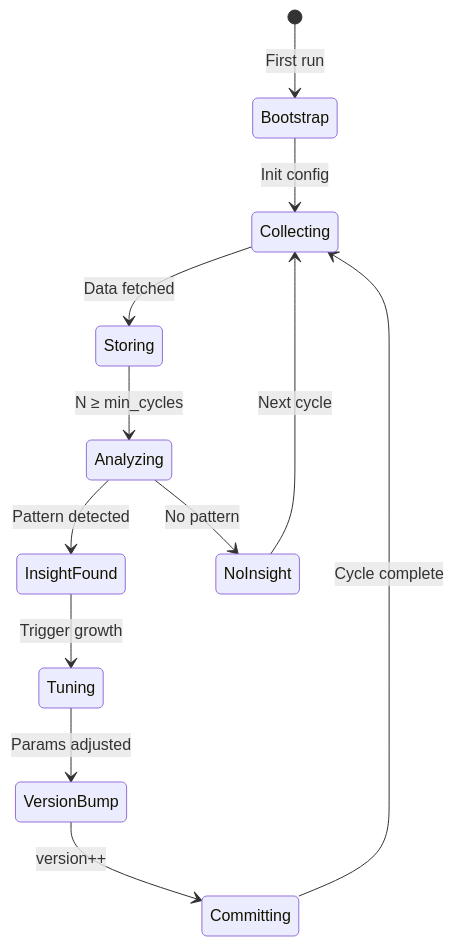
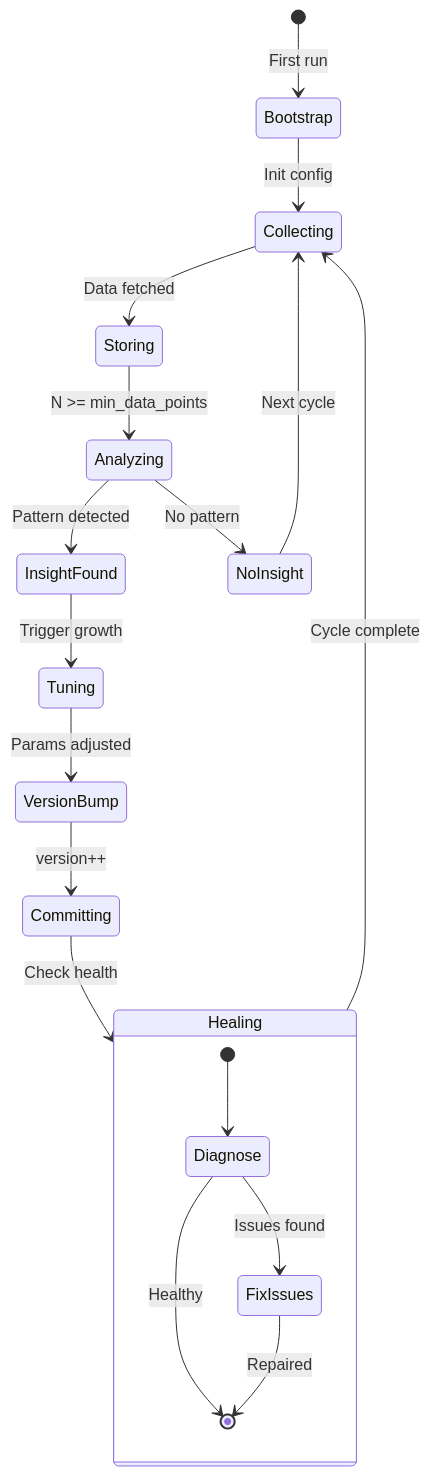
Before and after one commit to jincheng3870682453-hash/autonomous-agent: the fourth of 5 diagrams in README.md, drawn with Mermaid. The commit also changed other lines of this file and 33 other files, not shown here.

Commit message:
v2.0: Platform-level rewrite - modular architecture, skills marketplace, FastAPI, dashboard, FTS5+Graph memory, self-healing

````diff
--- a/README.md
+++ b/README.md
@@ -639,18 +418,27 @@
 ```mermaid
 stateDiagram-v2
     [*] --> Bootstrap: First run
     Bootstrap --> Collecting: Init config
-    
+
     Collecting --> Storing: Data fetched
-    Storing --> Analyzing: N ≥ min_cycles
-    
+    Storing --> Analyzing: N >= min_data_points
+
     Analyzing --> InsightFound: Pattern detected
     Analyzing --> NoInsight: No pattern
-    
+
     InsightFound --> Tuning: Trigger growth
     NoInsight --> Collecting: Next cycle
-    
+
     Tuning --> VersionBump: Params adjusted
     VersionBump --> Committing: version++
-    Committing --> Collecting: Cycle complete
+
+    state Healing {
+        [*] --> Diagnose
+        Diagnose --> FixIssues: Issues found
+        Diagnose --> [*]: Healthy
+        FixIssues --> [*]: Repaired
+    }
+
+    Committing --> Healing: Check health
+    Healing --> Collecting: Cycle complete
 ```
````
